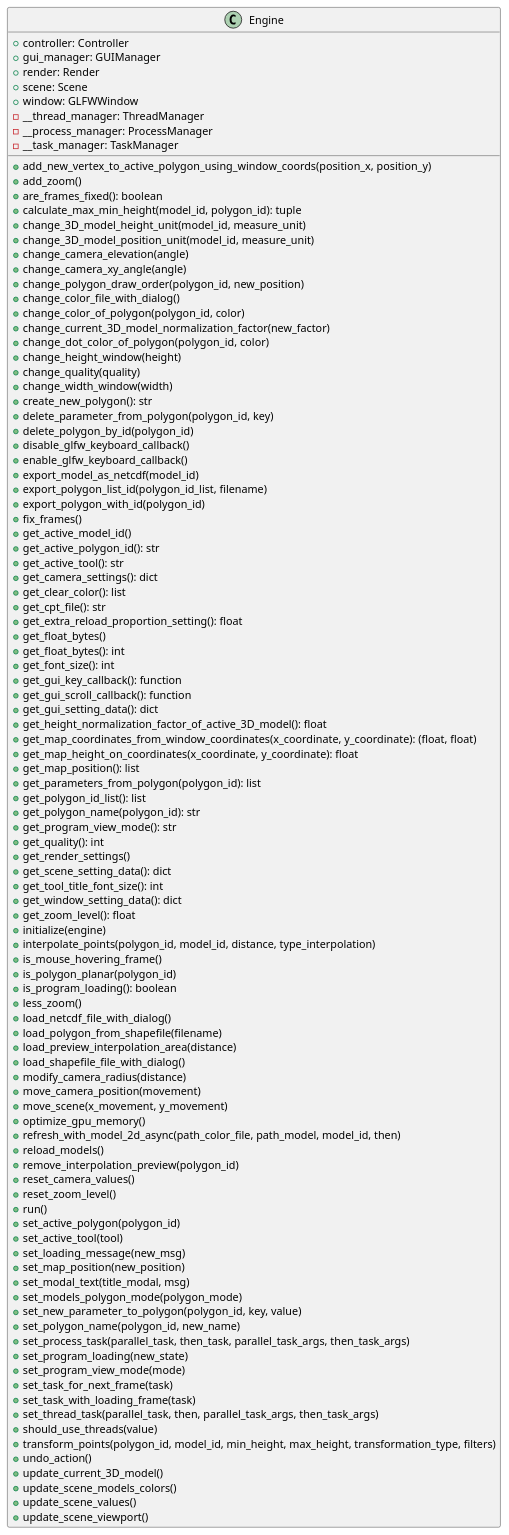
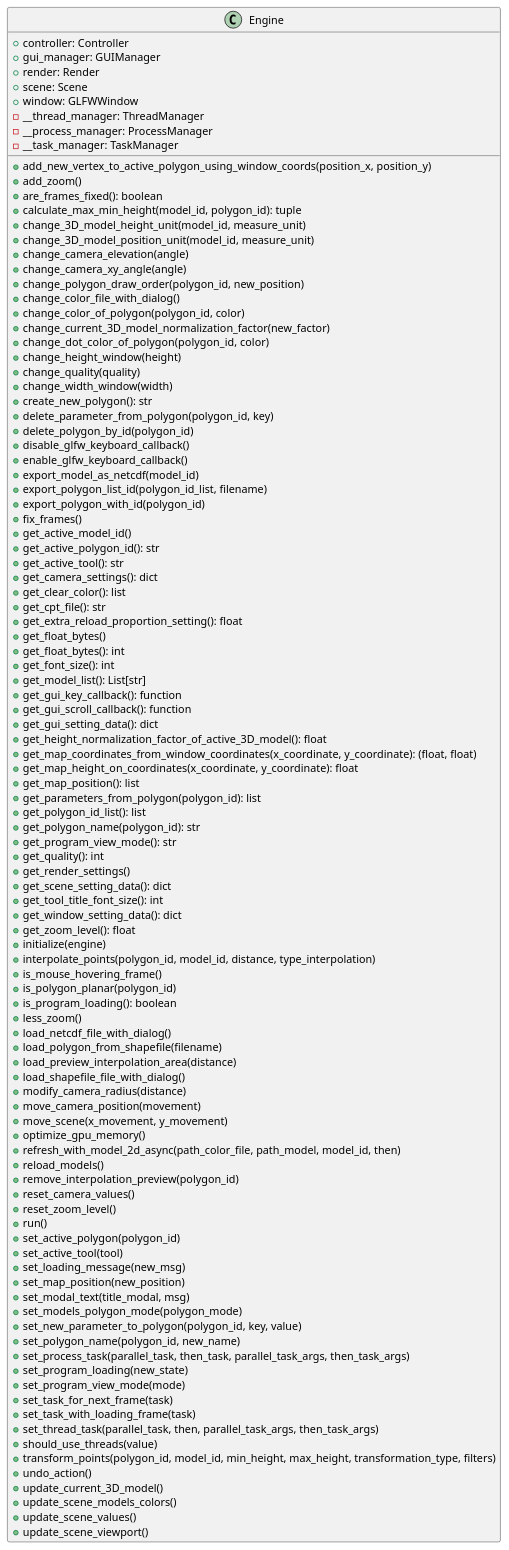
One commit to ferpoble2/Relief_Creator changed the diagram in docs/classes/Engine.puml. Above: the diagram before and after it, drawn with PlantUML. The commit also changed 1 other file, not shown here.

Commit message:
Created method get_model_list in class engine.

```diff
--- a/docs/classes/Engine.puml
+++ b/docs/classes/Engine.puml
@@ -1,107 +1,108 @@
 @startuml
 class Engine {
     + controller: Controller
     + gui_manager: GUIManager
     + render: Render
     + scene: Scene
     + window: GLFWWindow
     - __thread_manager: ThreadManager
     - __process_manager: ProcessManager
     - __task_manager: TaskManager
 
     + add_new_vertex_to_active_polygon_using_window_coords(position_x, position_y)
     + add_zoom()
     + are_frames_fixed(): boolean
     + calculate_max_min_height(model_id, polygon_id): tuple
     + change_3D_model_height_unit(model_id, measure_unit)
     + change_3D_model_position_unit(model_id, measure_unit)
     + change_camera_elevation(angle)
     + change_camera_xy_angle(angle)
     + change_polygon_draw_order(polygon_id, new_position)
     + change_color_file_with_dialog()
     + change_color_of_polygon(polygon_id, color)
     + change_current_3D_model_normalization_factor(new_factor)
     + change_dot_color_of_polygon(polygon_id,  color)
     + change_height_window(height)
     + change_quality(quality)
     + change_width_window(width)
     + create_new_polygon(): str
     + delete_parameter_from_polygon(polygon_id, key)
     + delete_polygon_by_id(polygon_id)
     + disable_glfw_keyboard_callback()
     + enable_glfw_keyboard_callback()
     + export_model_as_netcdf(model_id)
     + export_polygon_list_id(polygon_id_list, filename)
     + export_polygon_with_id(polygon_id)
     + fix_frames()
     + get_active_model_id()
     + get_active_polygon_id(): str
     + get_active_tool(): str
     + get_camera_settings(): dict
     + get_clear_color(): list
     + get_cpt_file(): str
     + get_extra_reload_proportion_setting(): float
     + get_float_bytes()
     + get_float_bytes(): int
     + get_font_size(): int
+    + get_model_list(): List[str]
     + get_gui_key_callback(): function
     + get_gui_scroll_callback(): function
     + get_gui_setting_data(): dict
     + get_height_normalization_factor_of_active_3D_model(): float
     + get_map_coordinates_from_window_coordinates(x_coordinate, y_coordinate): (float, float)
     + get_map_height_on_coordinates(x_coordinate, y_coordinate): float
     + get_map_position(): list
     + get_parameters_from_polygon(polygon_id): list
     + get_polygon_id_list(): list
     + get_polygon_name(polygon_id): str
     + get_program_view_mode(): str
     + get_quality(): int
     + get_render_settings()
     + get_scene_setting_data(): dict
     + get_tool_title_font_size(): int
     + get_window_setting_data(): dict
     + get_zoom_level(): float
     + initialize(engine)
     + interpolate_points(polygon_id, model_id, distance, type_interpolation)
     + is_mouse_hovering_frame()
     + is_polygon_planar(polygon_id)
     + is_program_loading(): boolean
     + less_zoom()
     + load_netcdf_file_with_dialog()
     + load_polygon_from_shapefile(filename)
     + load_preview_interpolation_area(distance)
     + load_shapefile_file_with_dialog()
     + modify_camera_radius(distance)
     + move_camera_position(movement)
     + move_scene(x_movement, y_movement)
     + optimize_gpu_memory()
     + refresh_with_model_2d_async(path_color_file, path_model, model_id, then)
     + reload_models()
     + remove_interpolation_preview(polygon_id)
     + reset_camera_values()
     + reset_zoom_level()
     + run()
     + set_active_polygon(polygon_id)
     + set_active_tool(tool)
     + set_loading_message(new_msg)
     + set_map_position(new_position)
     + set_modal_text(title_modal, msg)
     + set_models_polygon_mode(polygon_mode)
     + set_new_parameter_to_polygon(polygon_id, key, value)
     + set_polygon_name(polygon_id, new_name)
     + set_process_task(parallel_task, then_task, parallel_task_args, then_task_args)
     + set_program_loading(new_state)
     + set_program_view_mode(mode)
     + set_task_for_next_frame(task)
     + set_task_with_loading_frame(task)
     + set_thread_task(parallel_task, then, parallel_task_args, then_task_args)
     + should_use_threads(value)
     + transform_points(polygon_id, model_id, min_height, max_height, transformation_type, filters)
     + undo_action()
     + update_current_3D_model()
     + update_scene_models_colors()
     + update_scene_values()
     + update_scene_viewport()
 }
 
 @enduml
```
